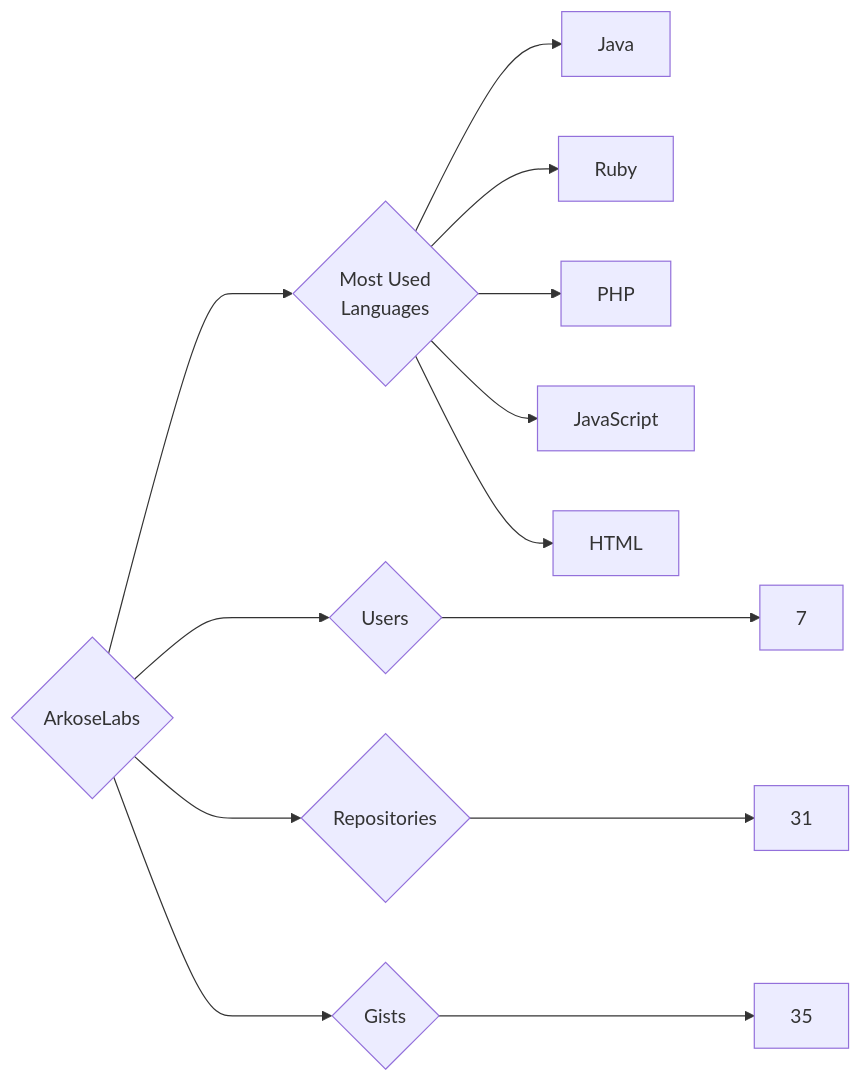
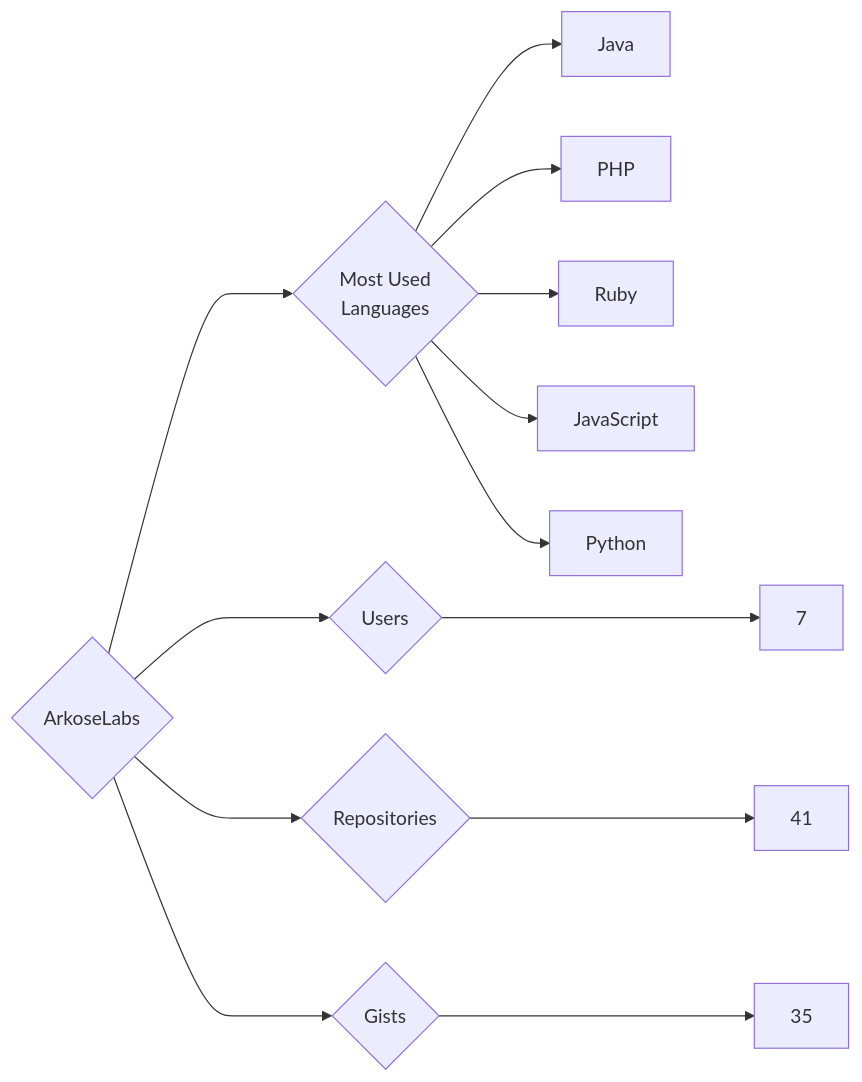
The diagram in targets/ArkoseLabs/README.md (trickest/insiders), drawn with Mermaid before and after one commit. The commit also changed 611 other files, not shown here.

````diff
--- a/targets/ArkoseLabs/README.md
+++ b/targets/ArkoseLabs/README.md
@@ -3,13 +3,13 @@
 ```mermaid
 graph LR
 COMPANY_NAME{ArkoseLabs}
 COMPANY_NAME ---> U{Users} ---> UN[7]
-COMPANY_NAME ---> R{Repositories} ---> RN[31]
+COMPANY_NAME ---> R{Repositories} ---> RN[41]
 COMPANY_NAME ---> G{Gists} ---> GN[35]
 COMPANY_NAME ---> ML{Most Used<br>Languages}
 ML --> Java[Java]
+ML --> PHP[PHP]
 ML --> Ruby[Ruby]
-ML --> PHP[PHP]
 ML --> JavaScript[JavaScript]
-ML --> HTML[HTML]
+ML --> Python[Python]
 ```
````
